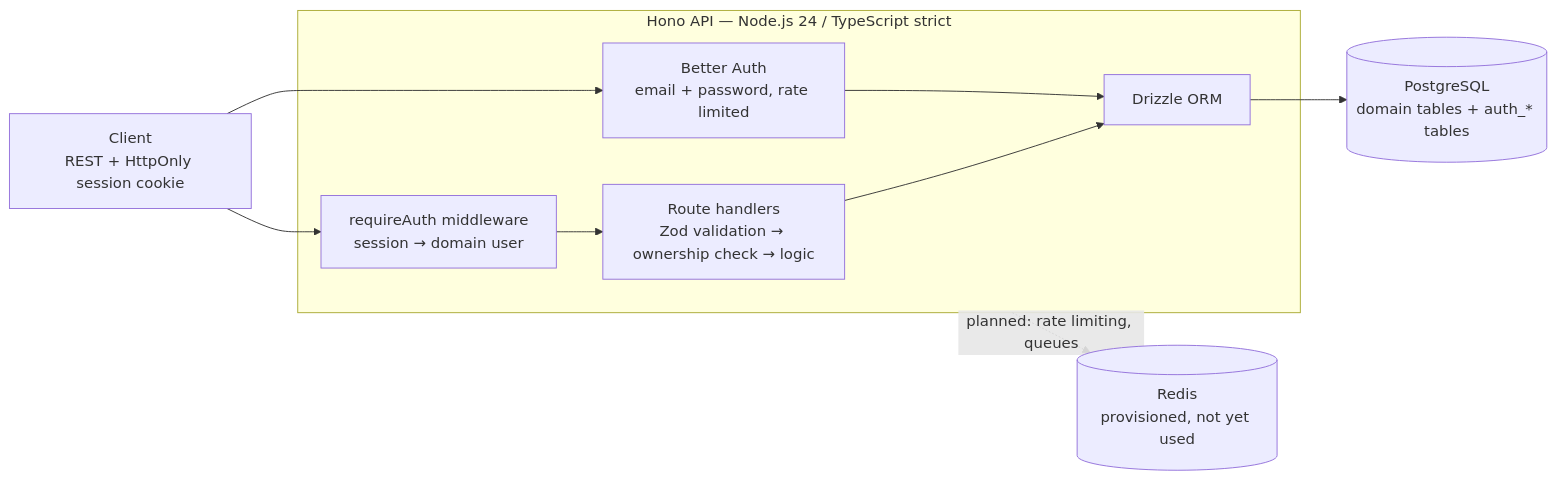
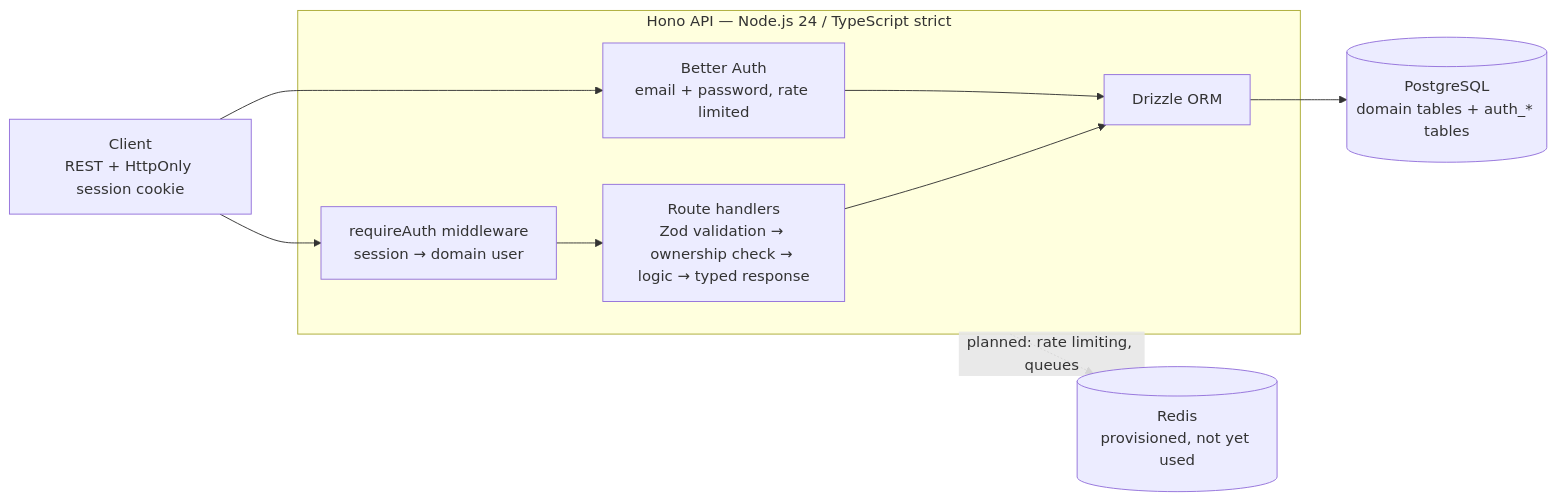
Before and after one commit to dannybackend/personal-financial-tracker-api: the diagram in README.md, drawn with Mermaid. The commit also changed other lines of this file and 5 other files, not shown here.

````diff
--- a/README.md
+++ b/README.md
@@ -39,21 +39,21 @@
 ```mermaid
 flowchart LR
     client["Client<br/>REST + HttpOnly session cookie"]
 
     subgraph api["Hono API — Node.js 24 / TypeScript strict"]
-        routes["Route handlers<br/>Zod validation → ownership check → logic"]
+        routes["Route handlers<br/>Zod validation → ownership check → logic → typed response"]
         mw["requireAuth middleware<br/>session → domain user"]
         ba["Better Auth<br/>email + password, rate limited"]
         orm["Drizzle ORM"]
     end
 
     pg[("PostgreSQL<br/>domain tables + auth_* tables")]
     redis[("Redis<br/>provisioned, not yet used")]
 
     client --> mw --> routes
     client --> ba
     routes --> orm
     ba --> orm
     orm --> pg
     api -. "planned: rate limiting, queues" .-> redis
 ```
````
